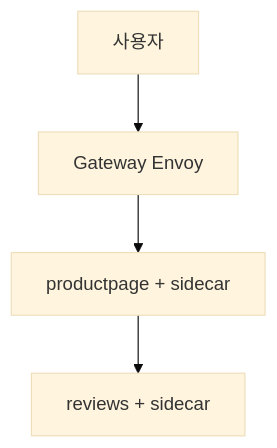
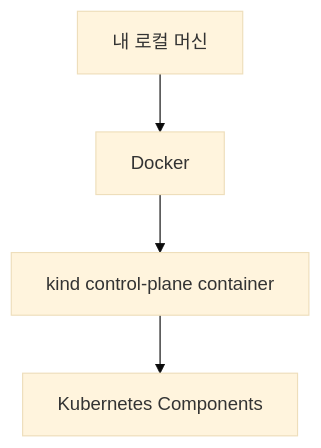
Before and after one commit to rlaehdwn0105/istio-study: the seventh of 11 diagrams in posts/week1-istio-intro.md, drawn with Mermaid (base theme). The commit also changed other lines of this file and 1 other file, not shown here.

````diff
--- a/posts/week1-istio-intro.md
+++ b/posts/week1-istio-intro.md
@@ -161,11 +430,6 @@
 ```mermaid
 flowchart TD
-    User[사용자]
-    Gateway[Gateway Envoy]
-    App1[productpage + sidecar]
-    App2[reviews + sidecar]
-
-    User --> Gateway
-    Gateway --> App1
-    App1 --> App2
+    Host[내 로컬 머신] --> Docker[Docker]
+    Docker --> KindNode[kind control-plane container]
+    KindNode --> K8s[Kubernetes Components]
 ```
````
